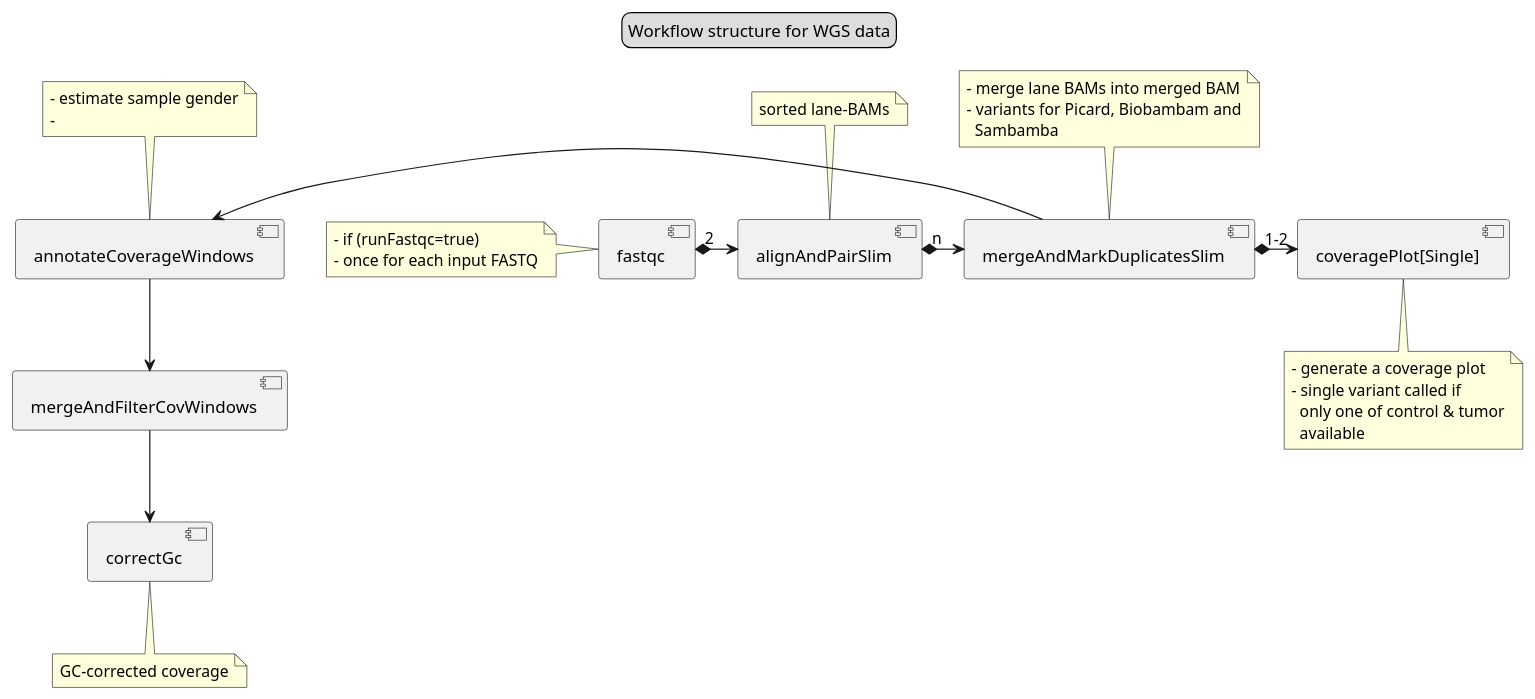
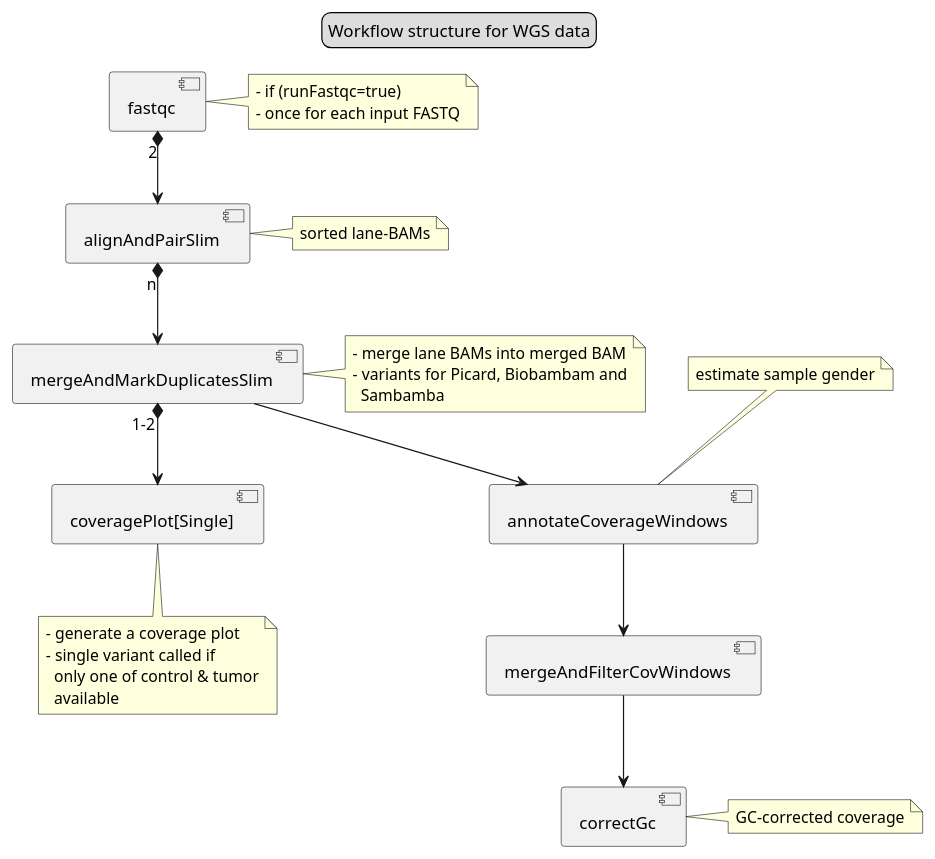
One commit to DKFZ-ODCF/AlignmentAndQCWorkflows changed the diagram in docs/images/jobs-wgs.puml. Above: the diagram before and after it, drawn with PlantUML. The commit also changed 2 other files, not shown here.

Commit message:
Changed the orientation of the job graphs.

```diff
--- a/docs/images/jobs-wgs.puml
+++ b/docs/images/jobs-wgs.puml
@@ -1,57 +1,56 @@
 @startuml
 
 [fastqc]
-note left of [fastqc]
+note right of [fastqc]
   - if (runFastqc=true)
   - once for each input FASTQ
 endnote
 
 component alignAndPairSlim as align
-note top of [align] : sorted lane-BAMs
+note right of [align] : sorted lane-BAMs
 
 component mergeAndMarkDuplicatesSlim as merge
-note top of [merge]
+note right of [merge]
   - merge lane BAMs into merged BAM
   - variants for Picard, Biobambam and
     Sambamba
 endnote
 
 component "coveragePlot[Single]" as plot
 note bottom of [plot]
   - generate a coverage plot
   - single variant called if
     only one of control & tumor
     available
 endnote
 
 component "annotateCoverageWindows" as annotate
 note top of [annotate]
-  - estimate sample gender
-  -
+  estimate sample gender
 endnote
 
 component "mergeAndFilterCovWindows" as filter
 
 component "correctGc" as correct
-note bottom of [correct]
+note right of [correct]
   GC-corrected coverage
 endnote
 
 
-[fastqc] "2" *-right-> [align]
+[fastqc] "2" *-down-> [align]
 
-[align] "n" *-right-> [merge]
+[align] "n" *-down-> [merge]
 
-[merge] "1-2" *-right-> [plot]
+[merge] "1-2" *-down-> [plot]
 
-[merge] -left-> [annotate]
+[merge] -down-> [annotate]
 
 [annotate] -down-> [filter]
 
 [filter] -down-> [correct]
 
 legend top
   Workflow structure for WGS data
 endlegend
 
 @enduml
```
